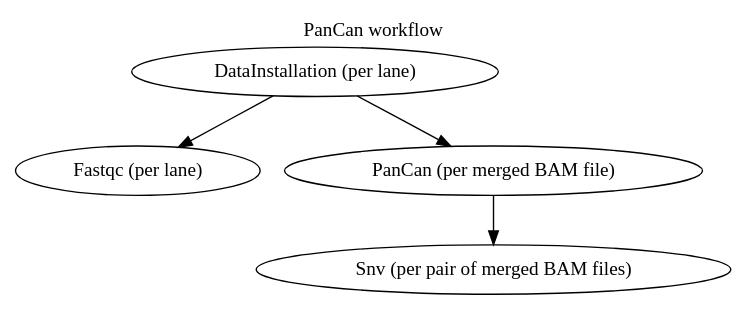
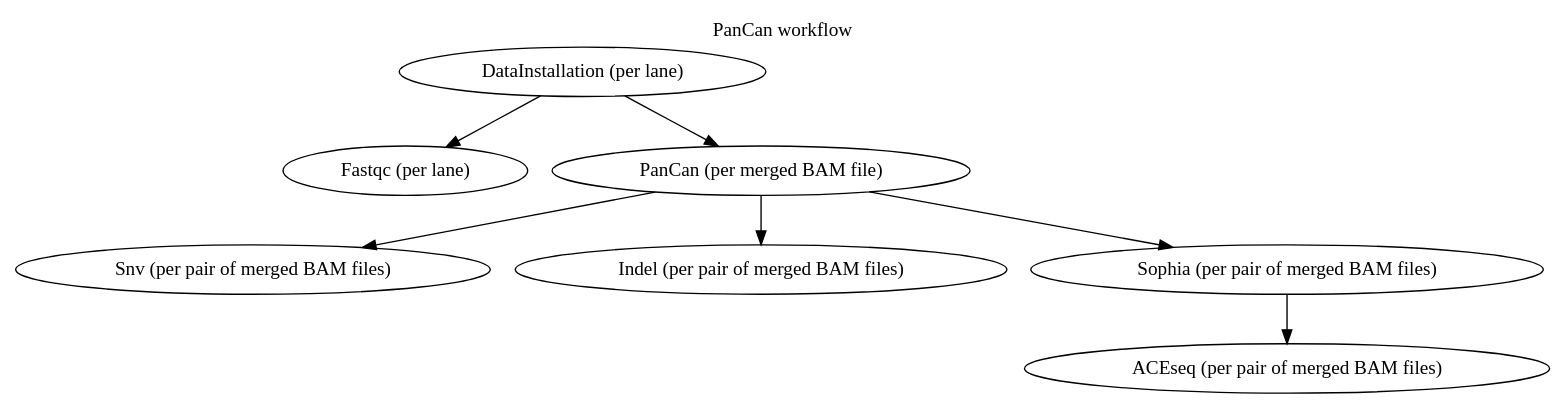
The diagram in src/docs/guide/workflowGraphs/PanCan.dot (one-touch-pipeline/otp), drawn with Graphviz before and after one commit. The commit also changed 1 other file, not shown here.

Commit message:
Adapt workflow graphs

```diff
--- a/src/docs/guide/workflowGraphs/PanCan.dot
+++ b/src/docs/guide/workflowGraphs/PanCan.dot
@@ -1,9 +1,17 @@
 digraph workflows {
   labelloc="t";
   label="PanCan workflow";
 
   DataInstallation [label="DataInstallation (per lane)"];
   Fastqc [label="Fastqc (per lane)"];
+  PanCan [label="PanCan (per merged BAM file)"];
+  Snv [label="Snv (per pair of merged BAM files)"];
+  Indel [label="Indel (per pair of merged BAM files)"];
+  Sophia [label="Sophia (per pair of merged BAM files)"];
+  ACEseq [label="ACEseq (per pair of merged BAM files)"];
+
   DataInstallation -> Fastqc
-  DataInstallation -> "PanCan (per merged BAM file)" -> "Snv (per pair of merged BAM files)"
+  DataInstallation -> PanCan -> Snv
+  PanCan -> Indel
+  PanCan -> Sophia -> ACEseq
 }
```
